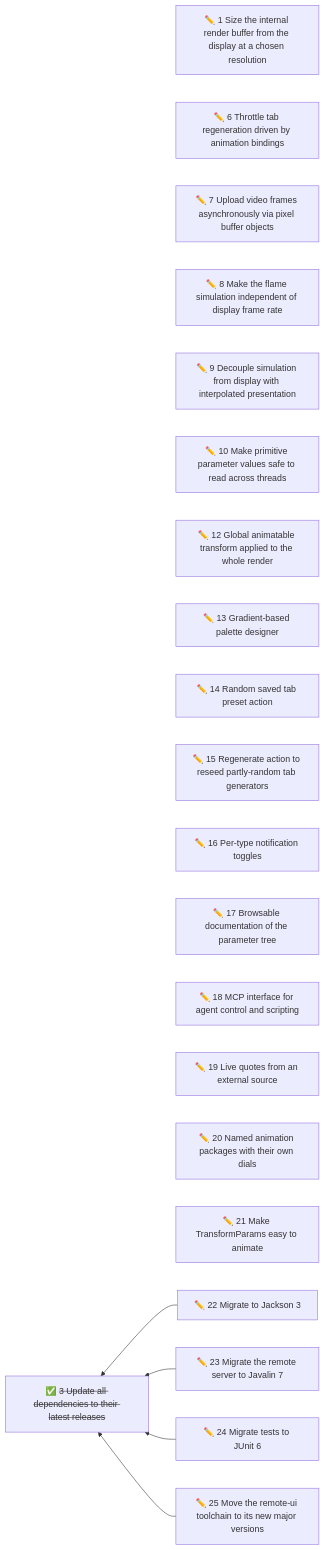
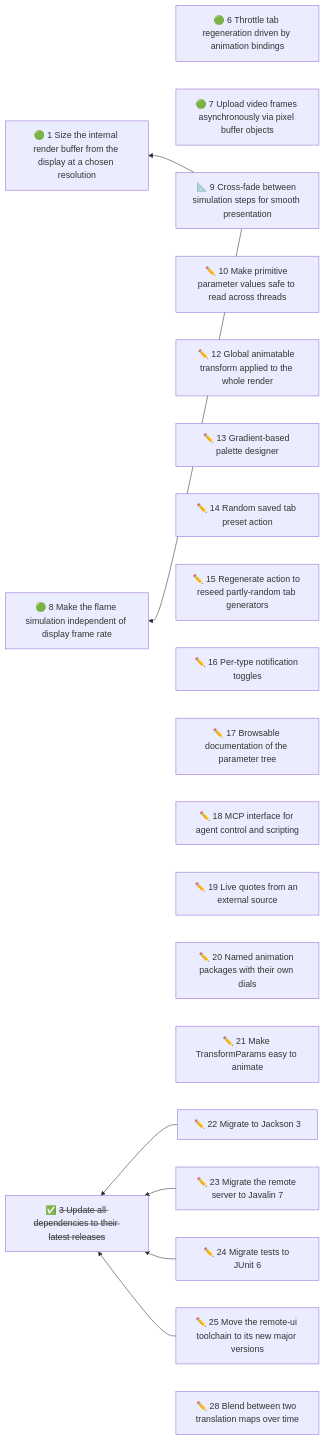
The diagram in docs/initiatives/README.md (duckAsteroid/cthugha-reborn), drawn with Mermaid before and after one commit. The commit also changed other lines of this file and 6 other files, not shown here.

````diff
--- a/docs/initiatives/README.md
+++ b/docs/initiatives/README.md
@@ -53,49 +54,53 @@
 ```mermaid
 flowchart RL
-  n1["✏️ 1 Size the internal render buffer from the display at a chosen resolution"]
-  n6["✏️ 6 Throttle tab regeneration driven by animation bindings"]
-  n7["✏️ 7 Upload video frames asynchronously via pixel buffer objects"]
-  n8["✏️ 8 Make the flame simulation independent of display frame rate"]
-  n9["✏️ 9 Decouple simulation from display with interpolated presentation"]
+  n1["🟢 1 Size the internal render buffer from the display at a chosen resolution"]
+  n6["🟢 6 Throttle tab regeneration driven by animation bindings"]
+  n7["🟢 7 Upload video frames asynchronously via pixel buffer objects"]
+  n8["🟢 8 Make the flame simulation independent of display frame rate"]
+  n9["📐 9 Cross-fade between simulation steps for smooth presentation"]
   n10["✏️ 10 Make primitive parameter values safe to read across threads"]
   n12["✏️ 12 Global animatable transform applied to the whole render"]
   n13["✏️ 13 Gradient-based palette designer"]
   n14["✏️ 14 Random saved tab preset action"]
   n15["✏️ 15 Regenerate action to reseed partly-random tab generators"]
   n16["✏️ 16 Per-type notification toggles"]
   n17["✏️ 17 Browsable documentation of the parameter tree"]
   n18["✏️ 18 MCP interface for agent control and scripting"]
   n19["✏️ 19 Live quotes from an external source"]
   n20["✏️ 20 Named animation packages with their own dials"]
   n21["✏️ 21 Make TransformParams easy to animate"]
   n22["✏️ 22 Migrate to Jackson 3"]
   n23["✏️ 23 Migrate the remote server to Javalin 7"]
   n24["✏️ 24 Migrate tests to JUnit 6"]
   n25["✏️ 25 Move the remote-ui toolchain to its new major versions"]
+  n28["✏️ 28 Blend between two translation maps over time"]
   n3["✅ <s>3 Update all dependencies to their latest releases</s>"]
+  n9 --> n1
+  n9 --> n8
   n22 --> n3
   n23 --> n3
   n24 --> n3
   n25 --> n3
   click n1 href "01-cap-the-internal-render-resolution-at-high-window-sizes.md"
   click n6 href "06-throttle-tab-regeneration-driven-by-animation-bindings.md"
   click n7 href "07-upload-video-frames-asynchronously-via-pixel-buffer-objects.md"
   click n8 href "08-make-the-flame-simulation-independent-of-display-frame-rate.md"
   click n9 href "09-decouple-simulation-from-display-with-interpolated-presentat.md"
   click n10 href "10-make-primitive-parameter-values-safe-to-read-across-threads.md"
   click n12 href "12-global-animatable-transform-applied-to-the-whole-render.md"
   click n13 href "13-gradient-based-palette-designer.md"
   click n14 href "14-random-saved-tab-preset-action.md"
   click n15 href "15-regenerate-action-to-reseed-partly-random-tab-generators.md"
   click n16 href "16-per-type-notification-toggles.md"
   click n17 href "17-browsable-documentation-of-the-parameter-tree.md"
   click n18 href "18-mcp-interface-for-agent-control-and-scripting.md"
   click n19 href "19-live-quotes-from-an-external-source.md"
   click n20 href "20-named-animation-packages-with-their-own-dials.md"
   click n21 href "21-make-transformparams-easy-to-animate.md"
   click n22 href "22-migrate-to-jackson-3.md"
   click n23 href "23-migrate-the-remote-server-to-javalin-7.md"
   click n24 href "24-migrate-tests-to-junit-6.md"
   click n25 href "25-move-the-remote-ui-toolchain-to-its-new-major-versions.md"
+  click n28 href "28-blend-between-two-translation-maps-over-time.md"
   click n3 href "03-update-all-dependencies-to-their-latest-releases.md"
 ```
````
